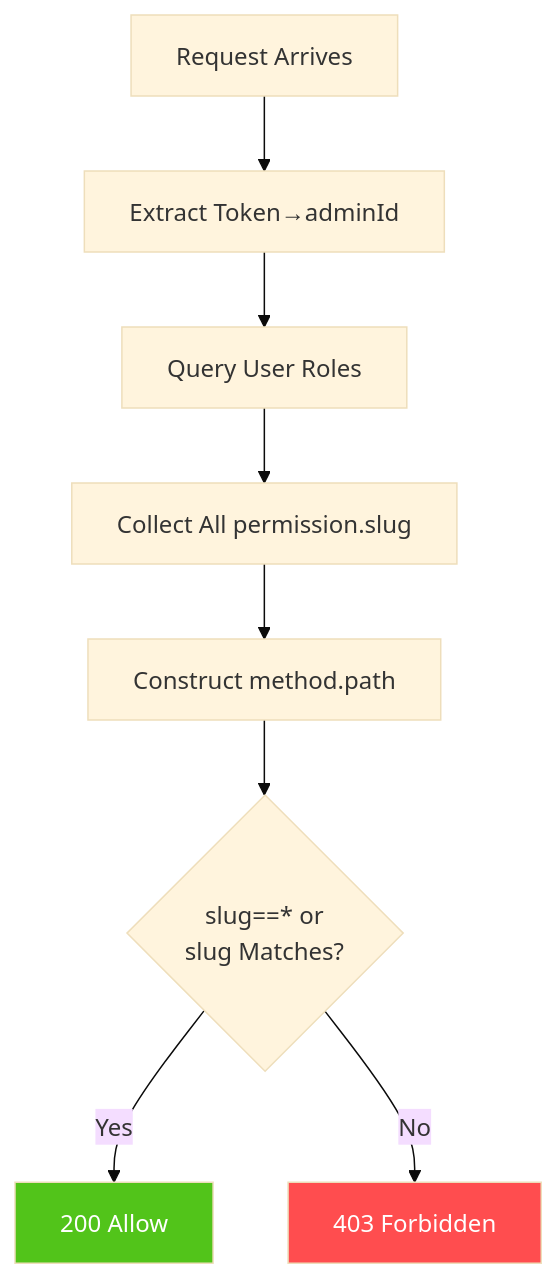
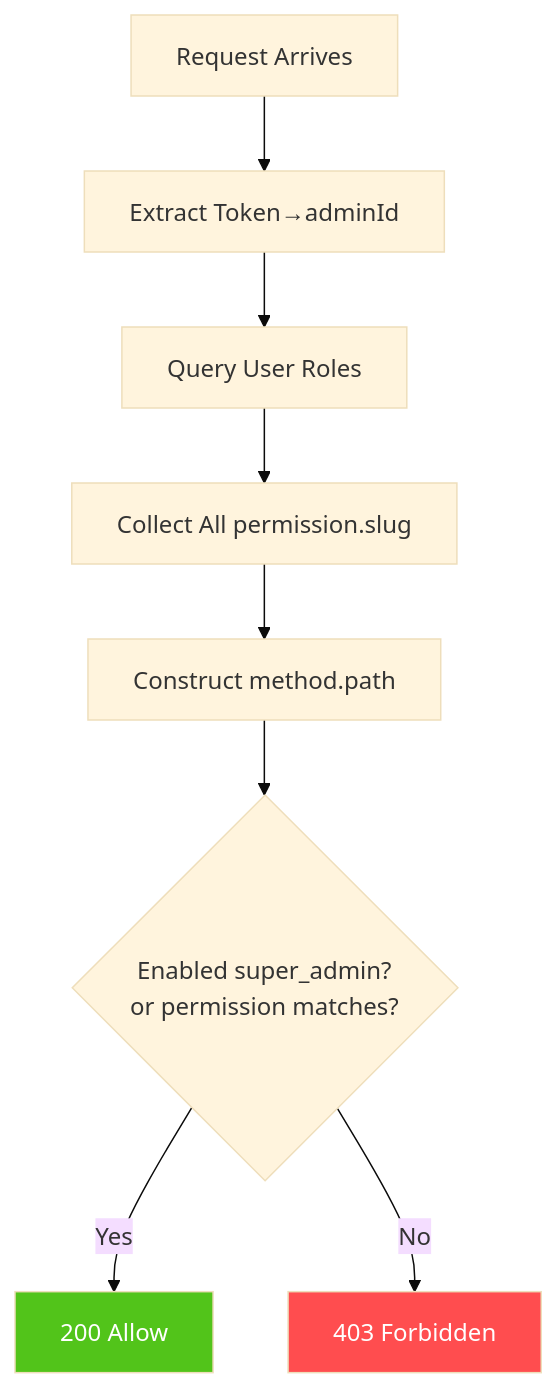
Before and after one commit to erikwang2013/open-admin: the second of 3 diagrams in docs/diagrams/05-rbac-model.en.md, drawn with Mermaid (base theme). The commit also changed other lines of this file and 62 other files, not shown here.

````diff
--- a/docs/diagrams/05-rbac-model.en.md
+++ b/docs/diagrams/05-rbac-model.en.md
@@ -48,13 +48,13 @@
 ```mermaid
 flowchart TD
     start["Request Arrives"] --> extract["Extract Token→adminId"]
     extract --> findRoles["Query User Roles"]
     findRoles --> collectSlug["Collect All permission.slug"]
     collectSlug --> buildKey["Construct method.path"]
-    buildKey --> check{"slug==* or<br/>slug Matches?"}
+    buildKey --> check{"Enabled super_admin?<br/>or permission matches?"}
     check -->|"Yes"| allow["200 Allow"]
     check -->|"No"| deny["403 Forbidden"]
 
     style allow fill:#52C41A,color:#fff
     style deny fill:#FF4D4F,color:#fff
 ```
````
